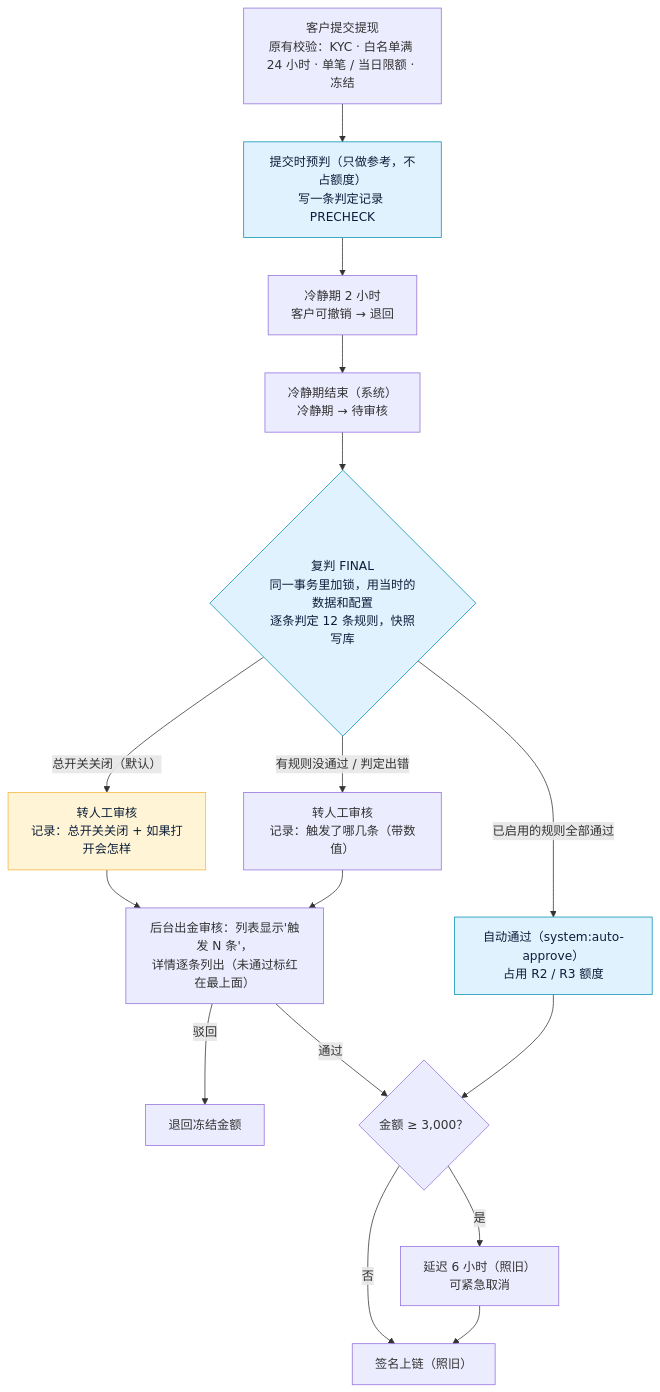
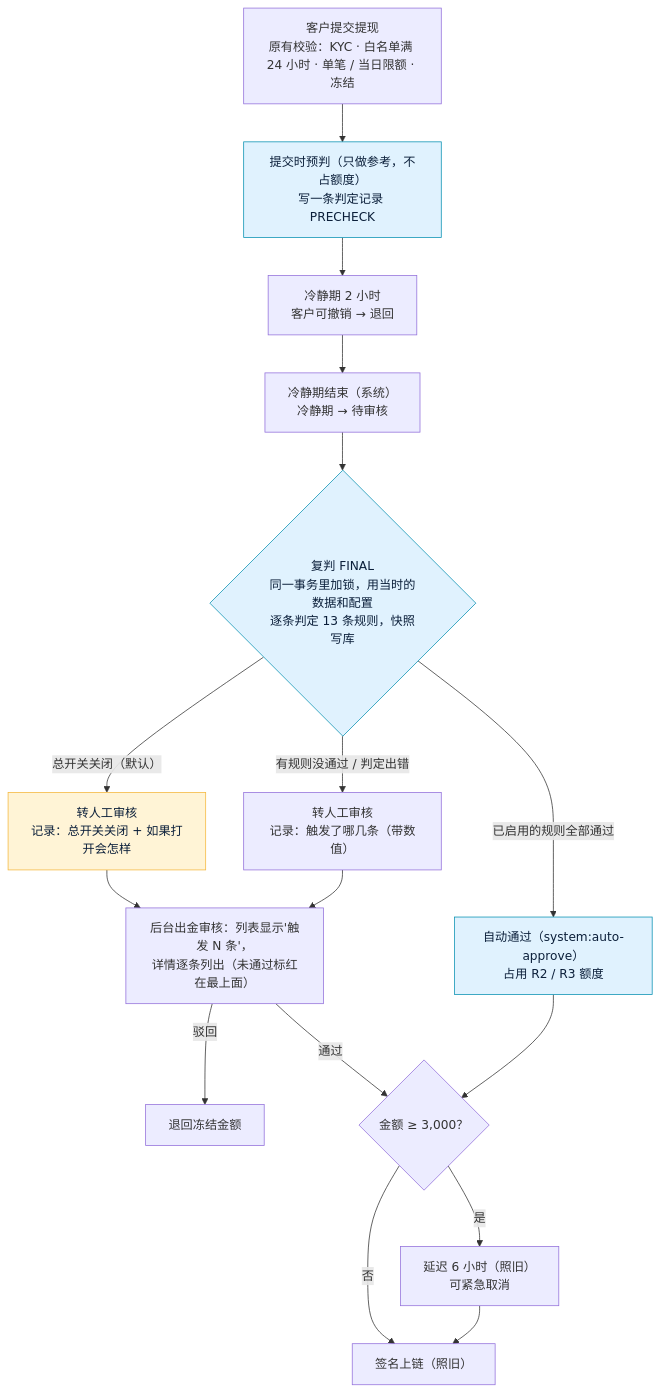
Before and after one commit to dollar3651314/falconx-lite: the first of 2 diagrams in 技术方案/v2-提现自动审批.md, drawn with Mermaid. The commit also changed other lines of this file and 34 other files, not shown here.

````diff
--- a/技术方案/v2-提现自动审批.md
+++ b/技术方案/v2-提现自动审批.md
@@ -12,22 +12,22 @@
 ```mermaid
 flowchart TD
     A["客户提交提现<br/>原有校验：KYC · 白名单满 24 小时 · 单笔 / 当日限额 · 冻结"] --> P["提交时预判（只做参考，不占额度）<br/>写一条判定记录 PRECHECK"]
     P --> C["冷静期 2 小时<br/>客户可撤销 → 退回"]
     C --> S["冷静期结束（系统）<br/>冷静期 → 待审核"]
-    S --> J{"复判 FINAL<br/>同一事务里加锁，用当时的数据和配置<br/>逐条判定 12 条规则，快照写库"}
+    S --> J{"复判 FINAL<br/>同一事务里加锁，用当时的数据和配置<br/>逐条判定 13 条规则，快照写库"}
     J -- "总开关关闭（默认）" --> M["转人工审核<br/>记录：总开关关闭 + 如果打开会怎样"]
     J -- "有规则没通过 / 判定出错" --> M2["转人工审核<br/>记录：触发了哪几条（带数值）"]
     J -- "已启用的规则全部通过" --> AU["自动通过（system:auto-approve）<br/>占用 R2 / R3 额度"]
     M & M2 --> H["后台出金审核：列表显示'触发 N 条'，<br/>详情逐条列出（未通过标红在最上面）"]
     H -- 驳回 --> X["退回冻结金额"]
     H -- 通过 --> L
     AU --> L{"金额 ≥ 3,000？"}
     L -- 是 --> D["延迟 6 小时（照旧）<br/>可紧急取消"]
     L -- 否 --> B["签名上链（照旧）"]
     D --> B
 
     classDef amos fill:#FFF4D6,stroke:#F5B83D,color:#0B1F3A
     classDef new fill:#E0F2FE,stroke:#0891B2,color:#0B1F3A
     class J,AU,P new
     class M amos
 ```
````
